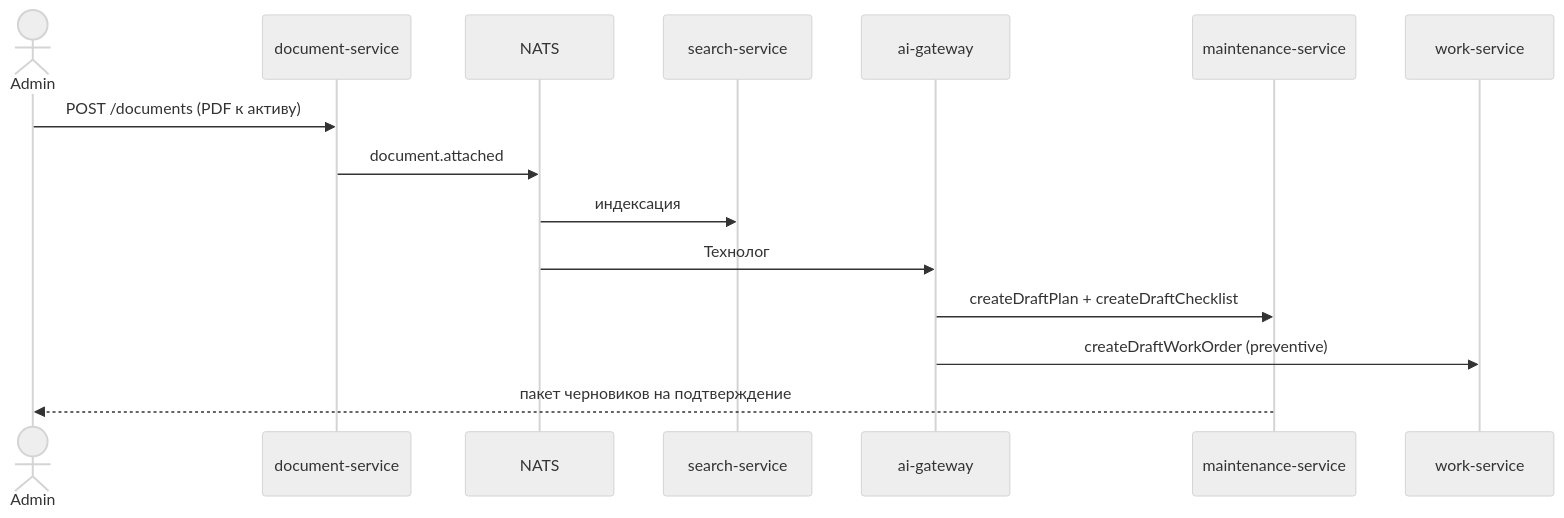
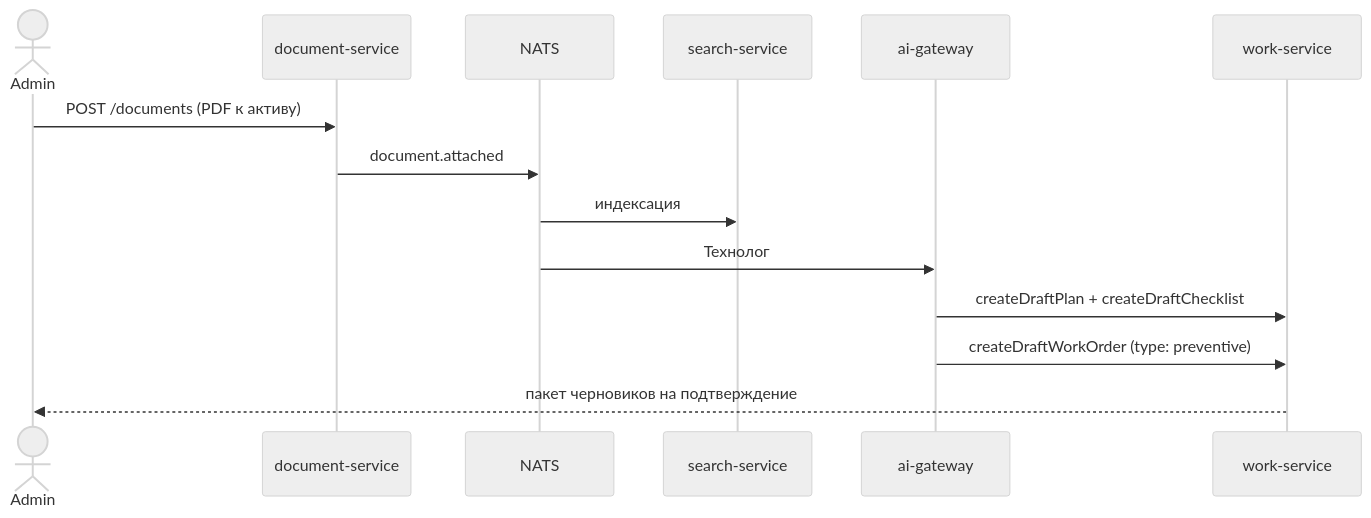
Before and after one commit to masterdoc-app/masterdoc: diagram 12 of 12 in TOIR_AI_SYSTEM_DESIGN.md, drawn with Mermaid (neutral theme). The commit also changed other lines of this file and 1 other file, not shown here.

First line of the commit message:
docs: merge maintenance into work-service (WorkOrder types)

````diff
--- a/TOIR_AI_SYSTEM_DESIGN.md
+++ b/TOIR_AI_SYSTEM_DESIGN.md
@@ -1046,18 +1025,17 @@
 ```mermaid
 sequenceDiagram
   actor A as Admin
   participant DOC as document-service
   participant BUS as NATS
   participant SRCH as search-service
   participant AI as ai-gateway
-  participant MNT as maintenance-service
   participant WRK as work-service
 
   A->>DOC: POST /documents (PDF к активу)
   DOC->>BUS: document.attached
   BUS->>SRCH: индексация
   BUS->>AI: Технолог
-  AI->>MNT: createDraftPlan + createDraftChecklist
-  AI->>WRK: createDraftWorkOrder (preventive)
-  MNT-->>A: пакет черновиков на подтверждение
+  AI->>WRK: createDraftPlan + createDraftChecklist
+  AI->>WRK: createDraftWorkOrder (type: preventive)
+  WRK-->>A: пакет черновиков на подтверждение
 ```
````
